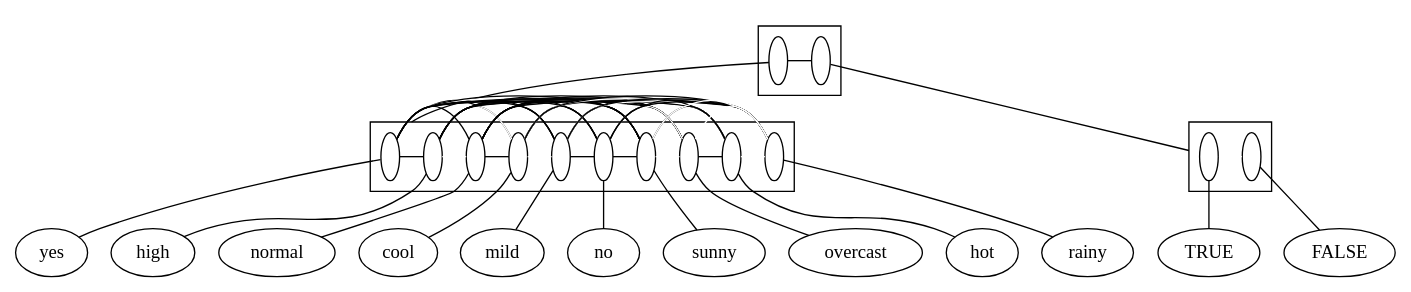
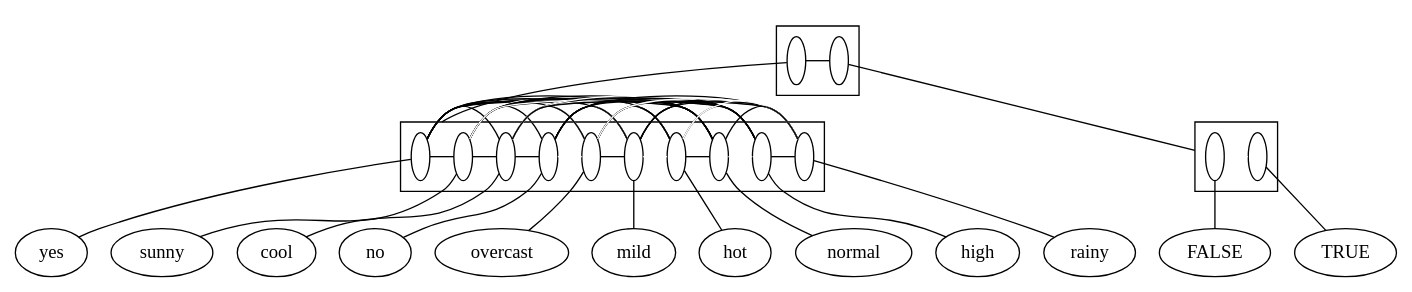
Before and after one commit to lrodrin/TFG: the diagram in src/final/plain2structure.dot, drawn with Graphviz. The commit also changed 24 other files, not shown here.

```diff
--- a/src/final/plain2structure.dot
+++ b/src/final/plain2structure.dot
@@ -1,111 +1,111 @@
 digraph G {
 compound=True;
 yes;
+sunny;
+cool;
+no;
+overcast;
+mild;
+hot;
+normal;
 high;
-normal;
-cool;
-mild;
-no;
-sunny;
-overcast;
-hot;
 rainy;
+FALSE;
 TRUE;
-FALSE;
-subgraph cluster_yesmildFALSEovercastnormalhighsunnyhotcoolnoTRUErainy {
-s_yesmildovercastnormalsunnyhighhotcoolnorainy [width=0.2, fillcolor=white, label=" ", fixedsize=True];
-s_TRUEFALSE [width=0.2, fillcolor=white, label=" ", fixedsize=True];
+subgraph cluster_coolsunnyTRUEnormalFALSEhighhotmildovercastnoyesrainy {
+s_coolsunnynormalhighhotmildovercastnoyesrainy [fillcolor=white, label=" ", width=0.2, fixedsize=True];
+s_TRUEFALSE [fillcolor=white, label=" ", width=0.2, fixedsize=True];
 subgraph  {
 rank=same;
-s_yesmildovercastnormalsunnyhighhotcoolnorainy -> s_TRUEFALSE  [color=black, arrowhead=none];
+s_coolsunnynormalhighhotmildovercastnoyesrainy -> s_TRUEFALSE  [arrowhead=none, color=black];
 }
 
 }
 
-subgraph cluster_yesmildovercastnormalsunnyhighhotcoolnorainy {
-s_yes [width=0.2, fillcolor=white, label=" ", fixedsize=True];
-s_high [width=0.2, fillcolor=white, label=" ", fixedsize=True];
-s_normal [width=0.2, fillcolor=white, label=" ", fixedsize=True];
-s_cool [width=0.2, fillcolor=white, label=" ", fixedsize=True];
-s_mild [width=0.2, fillcolor=white, label=" ", fixedsize=True];
-s_no [width=0.2, fillcolor=white, label=" ", fixedsize=True];
-s_sunny [width=0.2, fillcolor=white, label=" ", fixedsize=True];
-s_overcast [width=0.2, fillcolor=white, label=" ", fixedsize=True];
-s_hot [width=0.2, fillcolor=white, label=" ", fixedsize=True];
-s_rainy [width=0.2, fillcolor=white, label=" ", fixedsize=True];
+subgraph cluster_coolsunnynormalhighhotmildovercastnoyesrainy {
+s_yes [fillcolor=white, label=" ", width=0.2, fixedsize=True];
+s_sunny [fillcolor=white, label=" ", width=0.2, fixedsize=True];
+s_cool [fillcolor=white, label=" ", width=0.2, fixedsize=True];
+s_no [fillcolor=white, label=" ", width=0.2, fixedsize=True];
+s_overcast [fillcolor=white, label=" ", width=0.2, fixedsize=True];
+s_mild [fillcolor=white, label=" ", width=0.2, fixedsize=True];
+s_hot [fillcolor=white, label=" ", width=0.2, fixedsize=True];
+s_normal [fillcolor=white, label=" ", width=0.2, fixedsize=True];
+s_high [fillcolor=white, label=" ", width=0.2, fixedsize=True];
+s_rainy [fillcolor=white, label=" ", width=0.2, fixedsize=True];
 subgraph  {
 rank=same;
-s_yes -> s_high  [color=black, arrowhead=none];
-s_yes -> s_normal  [color=black, arrowhead=none];
-s_yes -> s_cool  [color=black, arrowhead=none];
-s_yes -> s_mild  [color=black, arrowhead=none];
-s_yes -> s_no  [color=white, arrowhead=none];
-s_yes -> s_sunny  [color=black, arrowhead=none];
-s_yes -> s_overcast  [color=black, arrowhead=none];
-s_yes -> s_hot  [color=black, arrowhead=none];
-s_yes -> s_rainy  [color=black, arrowhead=none];
-s_high -> s_normal  [color=white, arrowhead=none];
-s_high -> s_cool  [color=white, arrowhead=none];
-s_high -> s_mild  [color=black, arrowhead=none];
-s_high -> s_no  [color=black, arrowhead=none];
-s_high -> s_sunny  [color=black, arrowhead=none];
-s_high -> s_overcast  [color=black, arrowhead=none];
-s_high -> s_hot  [color=black, arrowhead=none];
-s_high -> s_rainy  [color=black, arrowhead=none];
-s_normal -> s_cool  [color=black, arrowhead=none];
-s_normal -> s_mild  [color=black, arrowhead=none];
-s_normal -> s_no  [color=black, arrowhead=none];
-s_normal -> s_sunny  [color=black, arrowhead=none];
-s_normal -> s_overcast  [color=black, arrowhead=none];
-s_normal -> s_hot  [color=black, arrowhead=none];
-s_normal -> s_rainy  [color=black, arrowhead=none];
-s_cool -> s_mild  [color=white, arrowhead=none];
-s_cool -> s_no  [color=black, arrowhead=none];
-s_cool -> s_sunny  [color=black, arrowhead=none];
-s_cool -> s_overcast  [color=black, arrowhead=none];
-s_cool -> s_hot  [color=white, arrowhead=none];
-s_cool -> s_rainy  [color=black, arrowhead=none];
-s_mild -> s_no  [color=black, arrowhead=none];
-s_mild -> s_sunny  [color=black, arrowhead=none];
-s_mild -> s_overcast  [color=black, arrowhead=none];
-s_mild -> s_hot  [color=white, arrowhead=none];
-s_mild -> s_rainy  [color=black, arrowhead=none];
-s_no -> s_sunny  [color=black, arrowhead=none];
-s_no -> s_overcast  [color=white, arrowhead=none];
-s_no -> s_hot  [color=black, arrowhead=none];
-s_no -> s_rainy  [color=black, arrowhead=none];
-s_sunny -> s_overcast  [color=white, arrowhead=none];
-s_sunny -> s_hot  [color=black, arrowhead=none];
-s_sunny -> s_rainy  [color=white, arrowhead=none];
-s_overcast -> s_hot  [color=black, arrowhead=none];
-s_overcast -> s_rainy  [color=white, arrowhead=none];
-s_hot -> s_rainy  [color=white, arrowhead=none];
+s_yes -> s_sunny  [arrowhead=none, color=black];
+s_yes -> s_cool  [arrowhead=none, color=black];
+s_yes -> s_no  [arrowhead=none, color=white];
+s_yes -> s_overcast  [arrowhead=none, color=black];
+s_yes -> s_mild  [arrowhead=none, color=black];
+s_yes -> s_hot  [arrowhead=none, color=black];
+s_yes -> s_normal  [arrowhead=none, color=black];
+s_yes -> s_high  [arrowhead=none, color=black];
+s_yes -> s_rainy  [arrowhead=none, color=black];
+s_sunny -> s_cool  [arrowhead=none, color=black];
+s_sunny -> s_no  [arrowhead=none, color=black];
+s_sunny -> s_overcast  [arrowhead=none, color=white];
+s_sunny -> s_mild  [arrowhead=none, color=black];
+s_sunny -> s_hot  [arrowhead=none, color=black];
+s_sunny -> s_normal  [arrowhead=none, color=black];
+s_sunny -> s_high  [arrowhead=none, color=black];
+s_sunny -> s_rainy  [arrowhead=none, color=white];
+s_cool -> s_no  [arrowhead=none, color=black];
+s_cool -> s_overcast  [arrowhead=none, color=black];
+s_cool -> s_mild  [arrowhead=none, color=white];
+s_cool -> s_hot  [arrowhead=none, color=white];
+s_cool -> s_normal  [arrowhead=none, color=black];
+s_cool -> s_high  [arrowhead=none, color=white];
+s_cool -> s_rainy  [arrowhead=none, color=black];
+s_no -> s_overcast  [arrowhead=none, color=white];
+s_no -> s_mild  [arrowhead=none, color=black];
+s_no -> s_hot  [arrowhead=none, color=black];
+s_no -> s_normal  [arrowhead=none, color=black];
+s_no -> s_high  [arrowhead=none, color=black];
+s_no -> s_rainy  [arrowhead=none, color=black];
+s_overcast -> s_mild  [arrowhead=none, color=black];
+s_overcast -> s_hot  [arrowhead=none, color=black];
+s_overcast -> s_normal  [arrowhead=none, color=black];
+s_overcast -> s_high  [arrowhead=none, color=black];
+s_overcast -> s_rainy  [arrowhead=none, color=white];
+s_mild -> s_hot  [arrowhead=none, color=white];
+s_mild -> s_normal  [arrowhead=none, color=black];
+s_mild -> s_high  [arrowhead=none, color=black];
+s_mild -> s_rainy  [arrowhead=none, color=black];
+s_hot -> s_normal  [arrowhead=none, color=black];
+s_hot -> s_high  [arrowhead=none, color=black];
+s_hot -> s_rainy  [arrowhead=none, color=white];
+s_normal -> s_high  [arrowhead=none, color=white];
+s_normal -> s_rainy  [arrowhead=none, color=black];
+s_high -> s_rainy  [arrowhead=none, color=black];
 }
 
 }
 
 subgraph cluster_TRUEFALSE {
-s_TRUE [width=0.2, fillcolor=white, label=" ", fixedsize=True];
-s_FALSE [width=0.2, fillcolor=white, label=" ", fixedsize=True];
+s_FALSE [fillcolor=white, label=" ", width=0.2, fixedsize=True];
+s_TRUE [fillcolor=white, label=" ", width=0.2, fixedsize=True];
 subgraph  {
 rank=same;
-s_TRUE -> s_FALSE  [color=white, arrowhead=none];
+s_FALSE -> s_TRUE  [arrowhead=none, color=white];
 }
 
 }
 
 s_yes -> yes  [arrowhead=none];
+s_sunny -> sunny  [arrowhead=none];
+s_cool -> cool  [arrowhead=none];
+s_no -> no  [arrowhead=none];
+s_overcast -> overcast  [arrowhead=none];
+s_mild -> mild  [arrowhead=none];
+s_hot -> hot  [arrowhead=none];
+s_normal -> normal  [arrowhead=none];
 s_high -> high  [arrowhead=none];
-s_normal -> normal  [arrowhead=none];
-s_cool -> cool  [arrowhead=none];
-s_mild -> mild  [arrowhead=none];
-s_no -> no  [arrowhead=none];
-s_sunny -> sunny  [arrowhead=none];
-s_overcast -> overcast  [arrowhead=none];
-s_hot -> hot  [arrowhead=none];
 s_rainy -> rainy  [arrowhead=none];
+s_FALSE -> FALSE  [arrowhead=none];
 s_TRUE -> TRUE  [arrowhead=none];
-s_FALSE -> FALSE  [arrowhead=none];
-s_yesmildovercastnormalsunnyhighhotcoolnorainy -> s_yes  [lhead=cluster_yesmildovercastnormalsunnyhighhotcoolnorainy, arrowhead=none];
-s_TRUEFALSE -> s_TRUE  [lhead=cluster_TRUEFALSE, arrowhead=none];
+s_coolsunnynormalhighhotmildovercastnoyesrainy -> s_yes  [arrowhead=none, lhead=cluster_coolsunnynormalhighhotmildovercastnoyesrainy];
+s_TRUEFALSE -> s_FALSE  [arrowhead=none, lhead=cluster_TRUEFALSE];
 }
```
